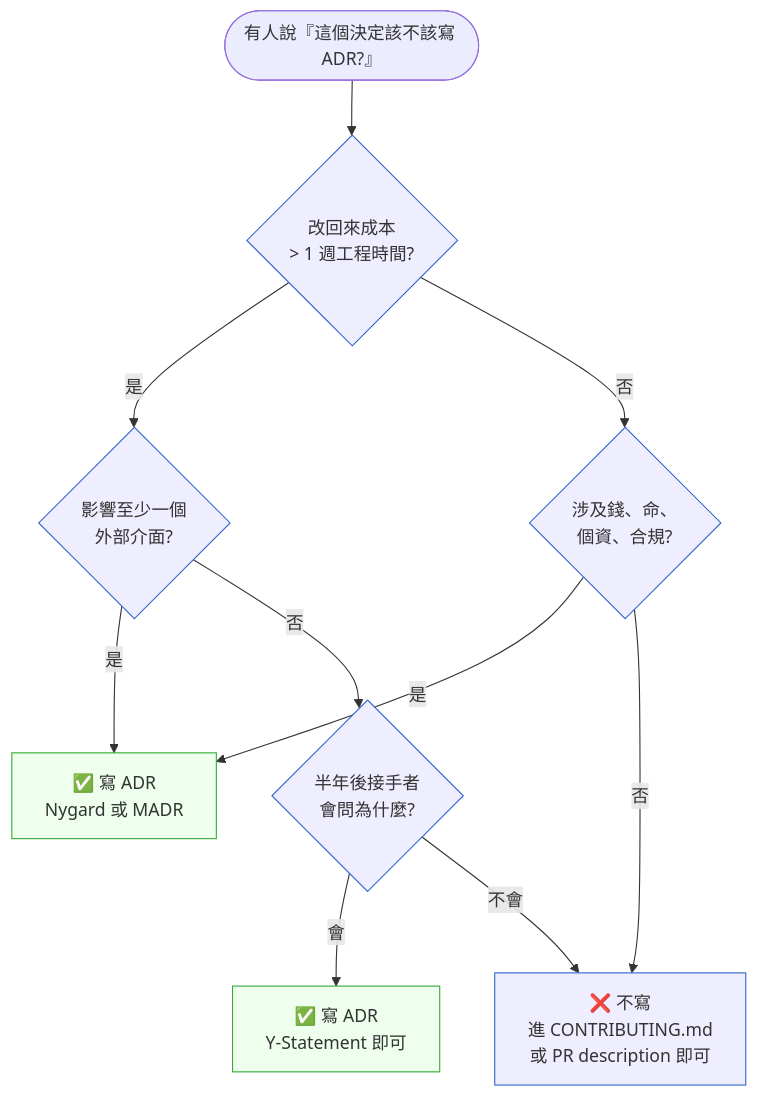
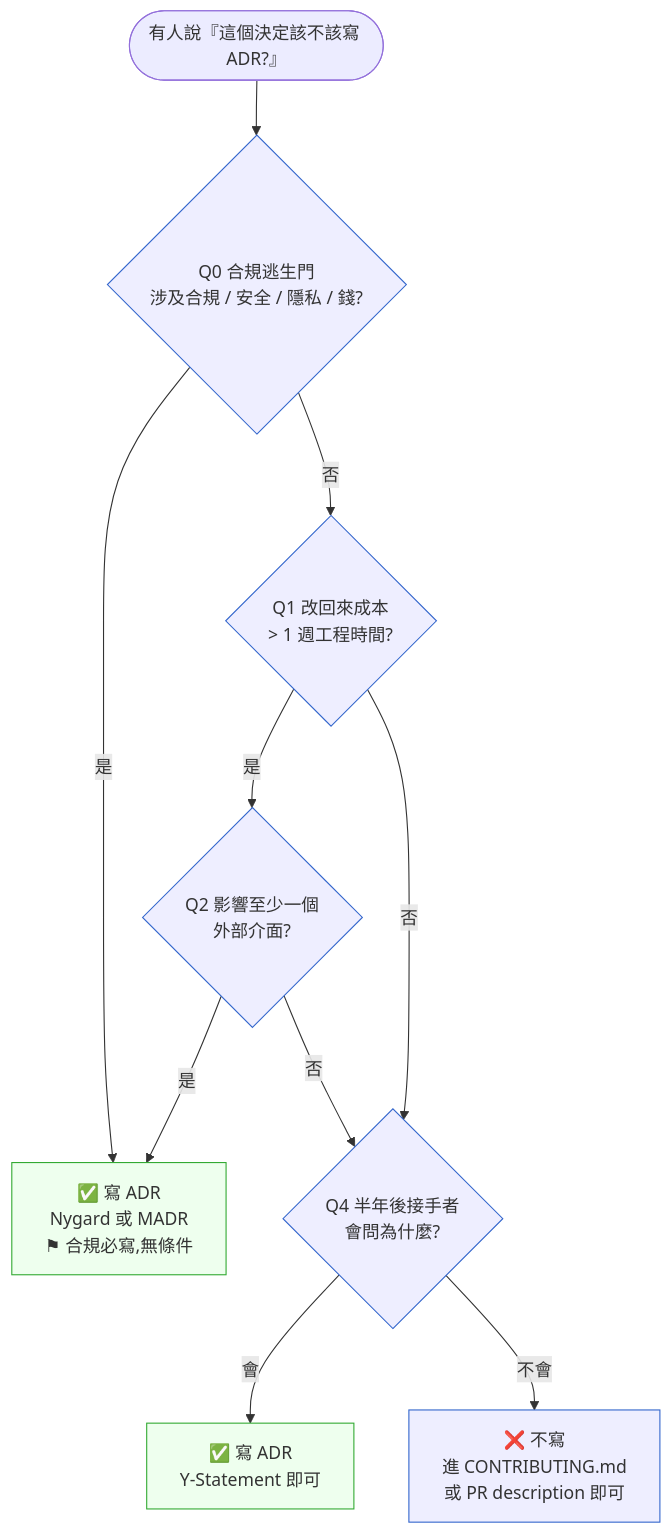
Before and after one commit to EddyKuo/sa-sd-playbook: the third of 3 diagrams in book/part-06-engineering/ch-33-adr-architecture-knowledge.md, drawn with Mermaid. The commit also changed other lines of this file and 47 other files, not shown here.

````diff
--- a/book/part-06-engineering/ch-33-adr-architecture-knowledge.md
+++ b/book/part-06-engineering/ch-33-adr-architecture-knowledge.md
@@ -208,19 +220,19 @@
 ```mermaid
 flowchart TD
-    Start([有人說『這個決定該不該寫 ADR?』]) --> Q1{改回來成本<br/>> 1 週工程時間?}
-    Q1 -->|是| Q2{影響至少一個<br/>外部介面?}
-    Q1 -->|否| Q3{涉及錢、命、<br/>個資、合規?}
-    Q2 -->|是| Write[✅ 寫 ADR<br/>Nygard 或 MADR]
-    Q2 -->|否| Q4{半年後接手者<br/>會問為什麼?}
-    Q3 -->|是| Write
-    Q3 -->|否| Skip
+    Start([有人說『這個決定該不該寫 ADR?』]) --> Q0{Q0 合規逃生門<br/>涉及合規 / 安全 / 隱私 / 錢?}
+    Q0 -->|是| Write[✅ 寫 ADR<br/>Nygard 或 MADR<br/>⚑ 合規必寫,無條件]
+    Q0 -->|否| Q1{Q1 改回來成本<br/>> 1 週工程時間?}
+    Q1 -->|是| Q2{Q2 影響至少一個<br/>外部介面?}
+    Q1 -->|否| Q4{Q4 半年後接手者<br/>會問為什麼?}
+    Q2 -->|是| Write
+    Q2 -->|否| Q4
     Q4 -->|會| WriteLight[✅ 寫 ADR<br/>Y-Statement 即可]
     Q4 -->|不會| Skip[❌ 不寫<br/>進 CONTRIBUTING.md<br/>或 PR description 即可]
 
     classDef hot fill:#fee,stroke:#c33
     classDef cold fill:#eef,stroke:#36c
     classDef goal fill:#efe,stroke:#3a3
     class Write,WriteLight goal
     class Skip cold
-    class Q1,Q2,Q3,Q4 cold
+    class Q0,Q1,Q2,Q4 cold
 ```
````
